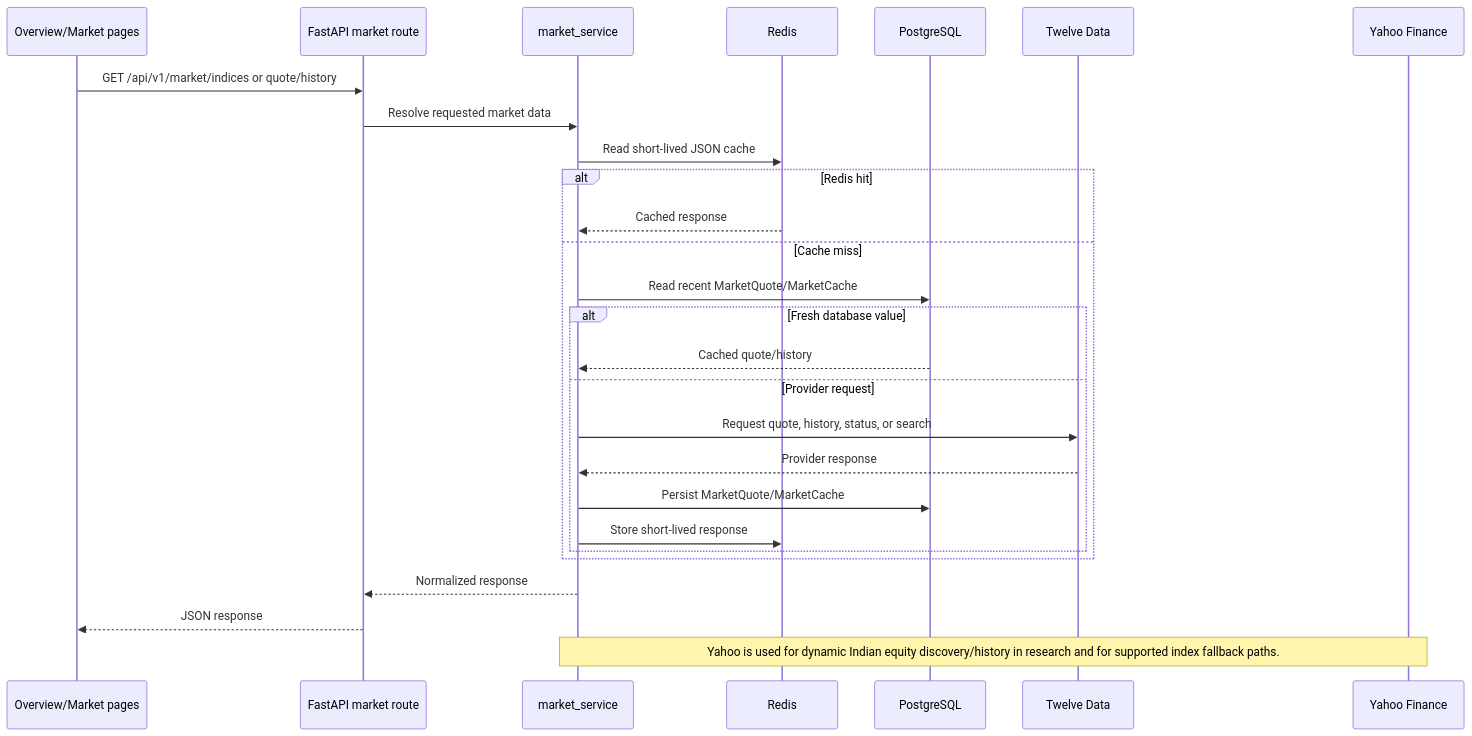
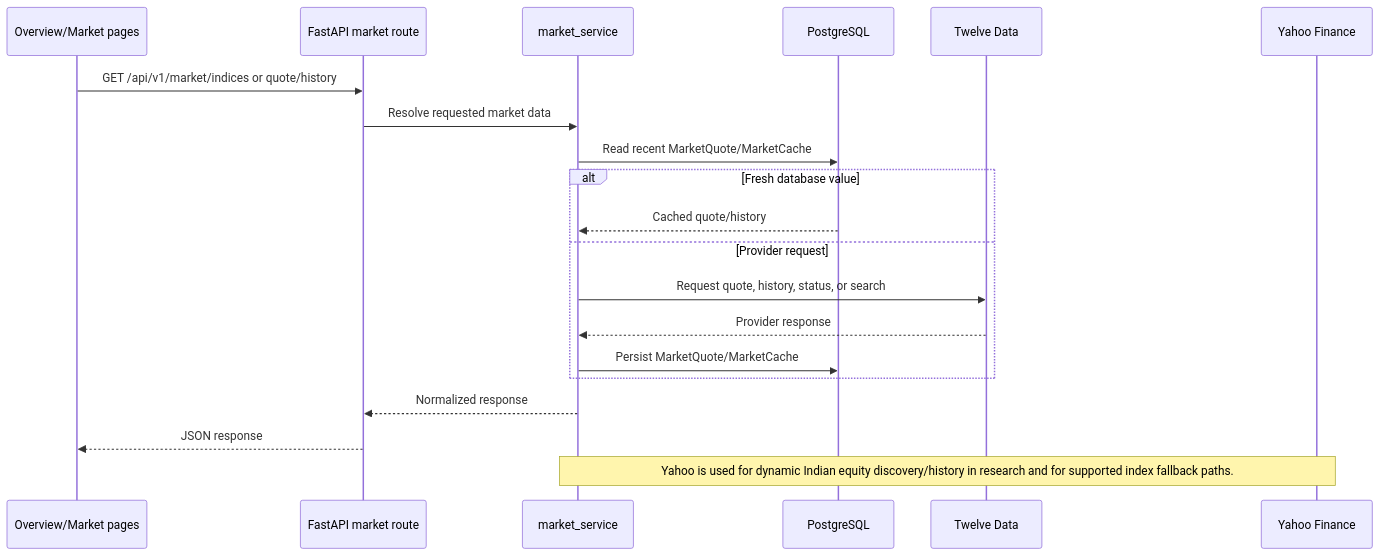
One commit to Abhay12911/FinPilot changed the second of 2 diagrams in ARCHITECTURE.md. Above: the diagram before and after it, drawn with Mermaid. The commit also changed other lines of this file and 205 other files, not shown here.

````diff
--- a/ARCHITECTURE.md
+++ b/ARCHITECTURE.md
@@ -149,30 +146,23 @@
 ```mermaid
 sequenceDiagram
     participant UI as Overview/Market pages
     participant API as FastAPI market route
     participant S as market_service
-    participant R as Redis
     participant DB as PostgreSQL
     participant TD as Twelve Data
     participant YF as Yahoo Finance
 
     UI->>API: GET /api/v1/market/indices or quote/history
     API->>S: Resolve requested market data
-    S->>R: Read short-lived JSON cache
-    alt Redis hit
-        R-->>S: Cached response
-    else Cache miss
-        S->>DB: Read recent MarketQuote/MarketCache
-        alt Fresh database value
-            DB-->>S: Cached quote/history
-        else Provider request
-            S->>TD: Request quote, history, status, or search
-            TD-->>S: Provider response
-            S->>DB: Persist MarketQuote/MarketCache
-            S->>R: Store short-lived response
-        end
+    S->>DB: Read recent MarketQuote/MarketCache
+    alt Fresh database value
+        DB-->>S: Cached quote/history
+    else Provider request
+        S->>TD: Request quote, history, status, or search
+        TD-->>S: Provider response
+        S->>DB: Persist MarketQuote/MarketCache
     end
     S-->>API: Normalized response
     API-->>UI: JSON response
     Note over S,YF: Yahoo is used for dynamic Indian equity discovery/history in research and for supported index fallback paths.
 ```
````
